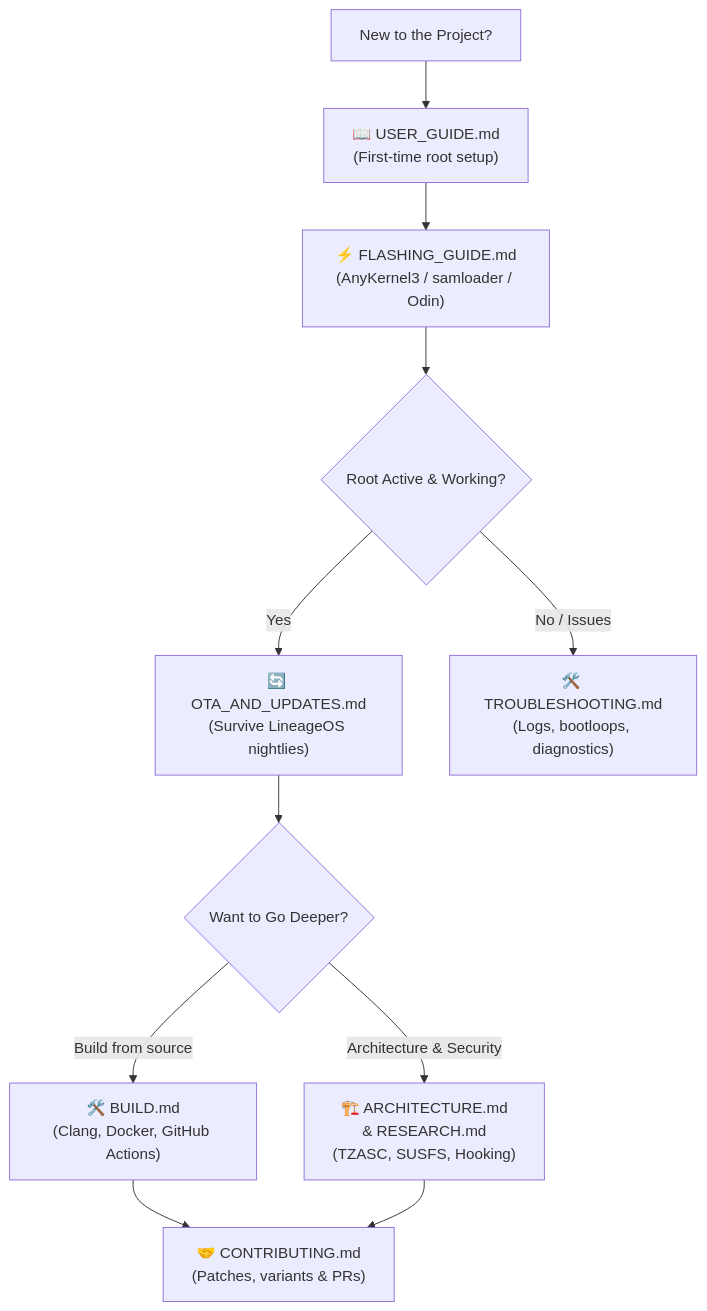
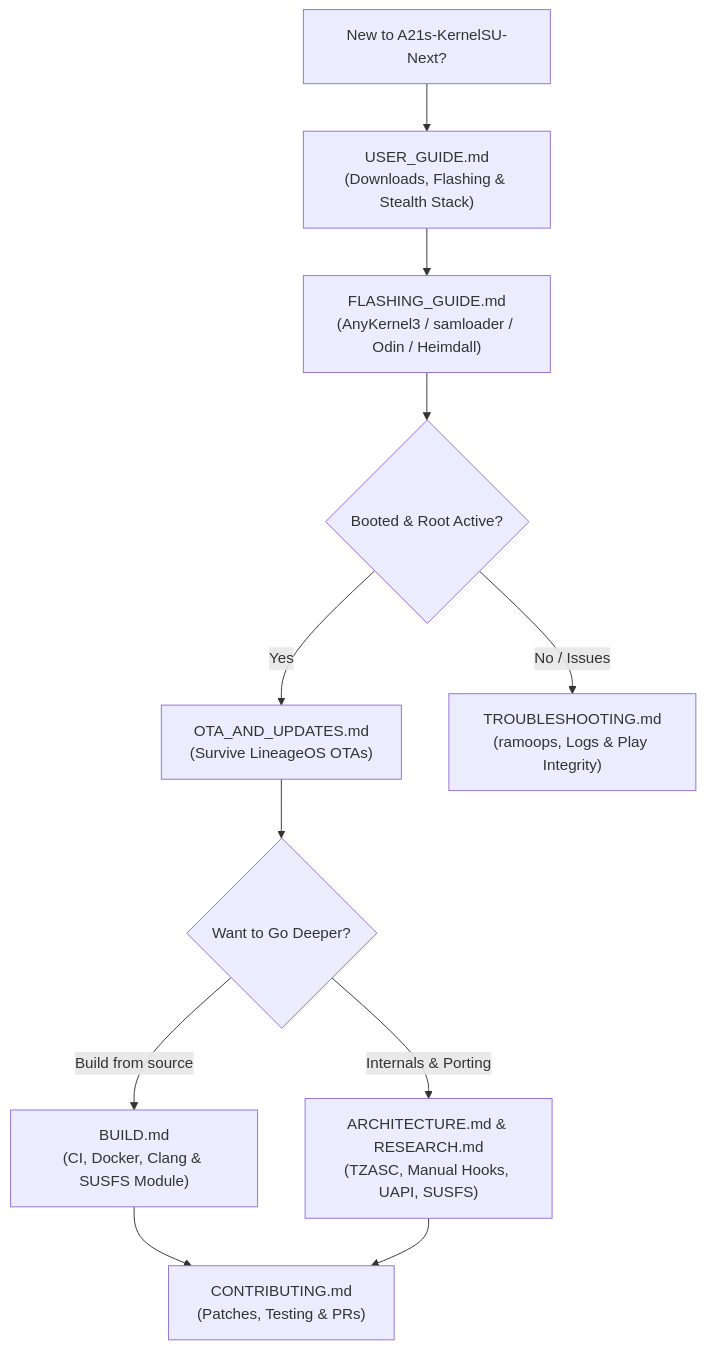
One commit to rebeeh/A21s-KernelSU-Next changed the diagram in docs/README.md. Above: the diagram before and after it, drawn with Mermaid. The commit also changed other lines of this file and 10 other files, not shown here.

````diff
--- a/docs/README.md
+++ b/docs/README.md
@@ -42,12 +42,12 @@
 ```mermaid
 flowchart TD
-    Start["New to the Project?"] --> UG["📖 USER_GUIDE.md<br/>(First-time root setup)"]
-    UG --> FG["⚡ FLASHING_GUIDE.md<br/>(AnyKernel3 / samloader / Odin)"]
-    FG --> Success{"Root Active & Working?"}
-    Success -- "Yes" --> OTA["🔄 OTA_AND_UPDATES.md<br/>(Survive LineageOS nightlies)"]
-    Success -- "No / Issues" --> TB["🛠️ TROUBLESHOOTING.md<br/>(Logs, bootloops, diagnostics)"]
+    Start["New to A21s-KernelSU-Next?"] --> UG["USER_GUIDE.md<br/>(Downloads, Flashing & Stealth Stack)"]
+    UG --> FG["FLASHING_GUIDE.md<br/>(AnyKernel3 / samloader / Odin / Heimdall)"]
+    FG --> Success{"Booted & Root Active?"}
+    Success -- "Yes" --> OTA["OTA_AND_UPDATES.md<br/>(Survive LineageOS OTAs)"]
+    Success -- "No / Issues" --> TB["TROUBLESHOOTING.md<br/>(ramoops, Logs & Play Integrity)"]
     OTA --> Deep{"Want to Go Deeper?"}
-    Deep -- "Build from source" --> BG["🛠️ BUILD.md<br/>(Clang, Docker, GitHub Actions)"]
-    Deep -- "Architecture & Security" --> ARCH["🏗️ ARCHITECTURE.md<br/>& RESEARCH.md<br/>(TZASC, SUSFS, Hooking)"]
-    BG & ARCH --> CONT["🤝 CONTRIBUTING.md<br/>(Patches, variants & PRs)"]
+    Deep -- "Build from source" --> BG["BUILD.md<br/>(CI, Docker, Clang & SUSFS Module)"]
+    Deep -- "Internals & Porting" --> ARCH["ARCHITECTURE.md & RESEARCH.md<br/>(TZASC, Manual Hooks, UAPI, SUSFS)"]
+    BG & ARCH --> CONT["CONTRIBUTING.md<br/>(Patches, Testing & PRs)"]
 ```
````
